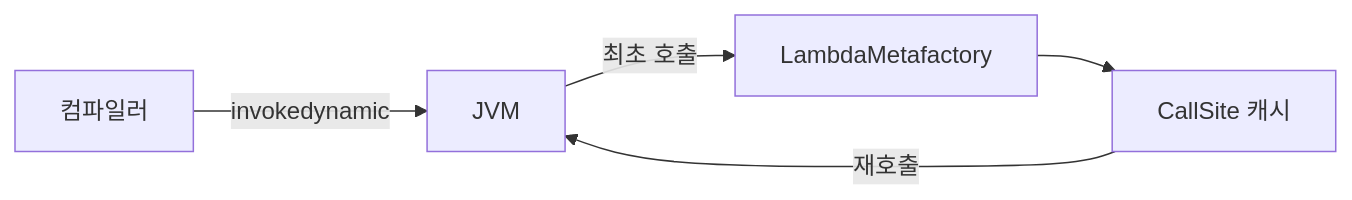
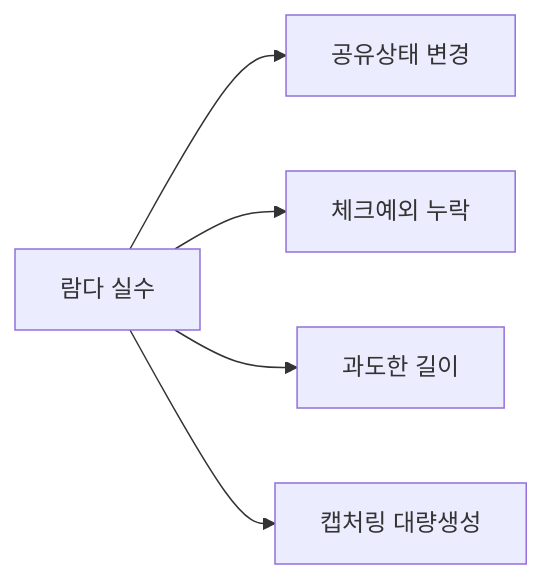
The third of 4 diagrams in _posts/java/2026-05-01-java-lambda.md (yjkim2015/yjkim2015.github.io), drawn with Mermaid before and after one commit. The commit also changed other lines of this file and 4 other files, not shown here.

````diff
--- a/_posts/java/2026-05-01-java-lambda.md
+++ b/_posts/java/2026-05-01-java-lambda.md
@@ -624,7 +1375,7 @@
 ```mermaid
 graph LR
-    C["컴파일러"] -->|invokedynamic| JVM["JVM"]
-    JVM -->|최초 호출| LMF["LambdaMetafactory"]
-    LMF --> CS["CallSite 캐시"]
-    CS -->|재호출| JVM
+    L["람다 실수"] --> C1["공유상태 변경"]
+    L --> C2["체크예외 누락"]
+    L --> C3["과도한 길이"]
+    L --> C4["캡처링 대량생성"]
 ```
````
